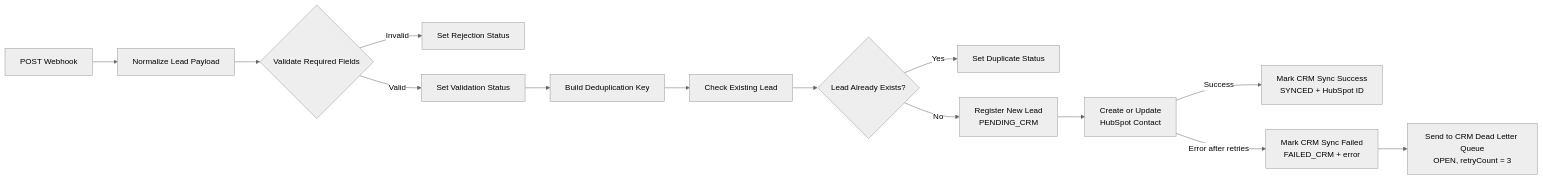
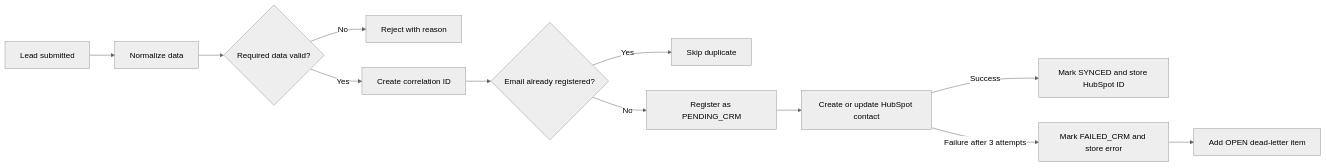
One commit to Iszzmail/Crm-data-reliability-platform changed the diagram in README.md. Above: the diagram before and after it, drawn with Mermaid (neutral theme). The commit also changed other lines of this file, not shown here.

````diff
--- a/README.md
+++ b/README.md
@@ -18,19 +55,14 @@
 ```mermaid
 flowchart LR
-    A[POST Webhook] --> B[Normalize Lead Payload]
-    B --> C{Validate Required Fields}
-
-    C -- Invalid --> D[Set Rejection Status]
-    C -- Valid --> E[Set Validation Status]
-    E --> F[Build Deduplication Key]
-    F --> G[Check Existing Lead]
-    G --> H{Lead Already Exists?}
-
-    H -- Yes --> I[Set Duplicate Status]
-    H -- No --> J[Register New Lead\nPENDING_CRM]
-    J --> K[Create or Update\nHubSpot Contact]
-
-    K -- Success --> L[Mark CRM Sync Success\nSYNCED + HubSpot ID]
-    K -- Error after retries --> M[Mark CRM Sync Failed\nFAILED_CRM + error]
-    M --> N[Send to CRM Dead Letter Queue\nOPEN, retryCount = 3]
+    A[Lead submitted] --> B[Normalize data]
+    B --> C{Required data valid?}
+    C -- No --> D[Reject with reason]
+    C -- Yes --> E[Create correlation ID]
+    E --> F{Email already registered?}
+    F -- Yes --> G[Skip duplicate]
+    F -- No --> H[Register as PENDING_CRM]
+    H --> I[Create or update HubSpot contact]
+    I -- Success --> J[Mark SYNCED and store HubSpot ID]
+    I -- Failure after 3 attempts --> K[Mark FAILED_CRM and store error]
+    K --> L[Add OPEN dead-letter item]
 ```
````
